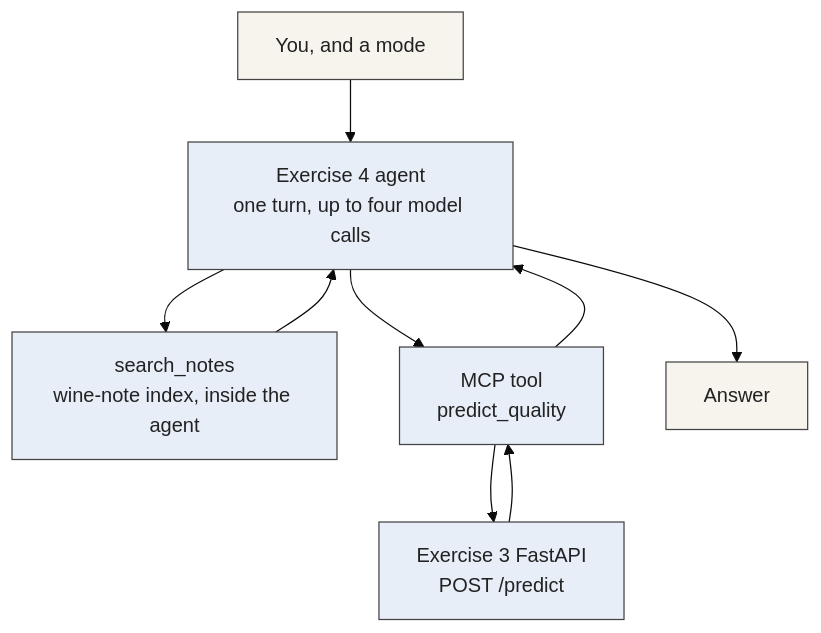
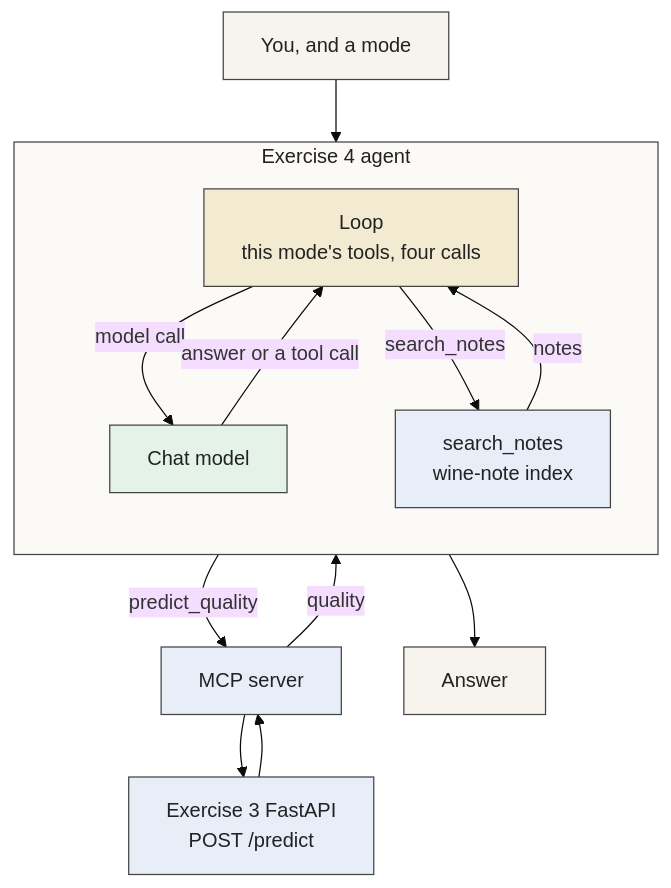
The first of 2 diagrams in material/exercise-4.md (ML-and-AI-Software-Development/ML-and-AI-Software-Development.github.io), drawn with Mermaid (base theme) before and after one commit. The commit also changed other lines of this file and 1 other file, not shown here.

Commit message:
Show the loop, the model call, and the note search as separate pieces inside the agent.

````diff
--- a/material/exercise-4.md
+++ b/material/exercise-4.md
@@ -34,15 +34,28 @@
 ```mermaid
 flowchart TB
-  user["You, and a mode"] --> agent["Exercise 4 agent<br/>one turn, up to four model calls"]
-  agent --> notes["search_notes<br/>wine-note index, inside the agent"]
-  agent --> mcp["MCP tool<br/>predict_quality"]
+  user["You, and a mode"] --> loop
+  subgraph agent["Exercise 4 agent"]
+    direction TB
+    loop["Loop<br/>this mode's tools, four calls"]
+    model["Chat model"]
+    notes["search_notes<br/>wine-note index"]
+    loop -->|"model call"| model
+    model -->|"answer or a tool call"| loop
+    loop -->|"search_notes"| notes
+    notes -->|"notes"| loop
+  end
+  loop -->|"predict_quality"| mcp["MCP server"]
   mcp --> fastapi["Exercise 3 FastAPI<br/>POST /predict"]
-  notes --> agent
   fastapi --> mcp
-  mcp --> agent
-  agent --> answer["Answer"]
+  mcp -->|"quality"| loop
+  loop --> answer["Answer"]
   classDef ask fill:#f7f4ee,stroke:#444,color:#222
+  classDef code fill:#f3ead2,stroke:#444,color:#222
+  classDef chat fill:#e5f2e8,stroke:#444,color:#222
   classDef tool fill:#e7eef8,stroke:#444,color:#222
   class user,answer ask
-  class agent,notes,mcp,fastapi tool
+  class loop code
+  class model chat
+  class notes,mcp,fastapi tool
+  style agent fill:#fbfaf7,stroke:#444,color:#222
 ```
````
